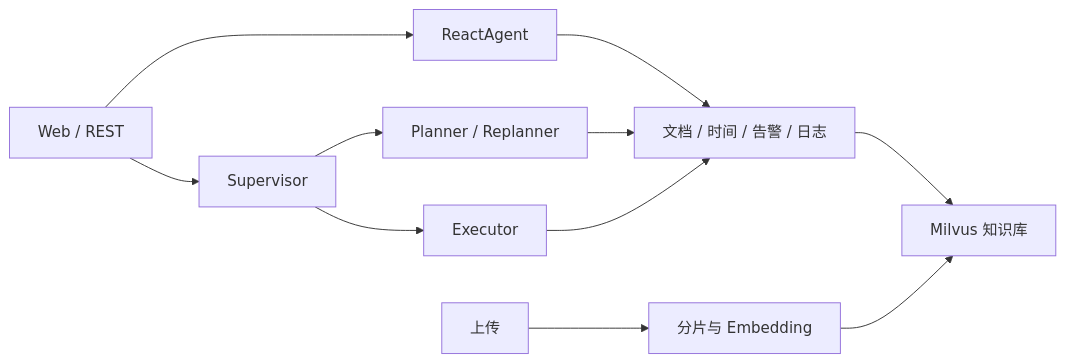
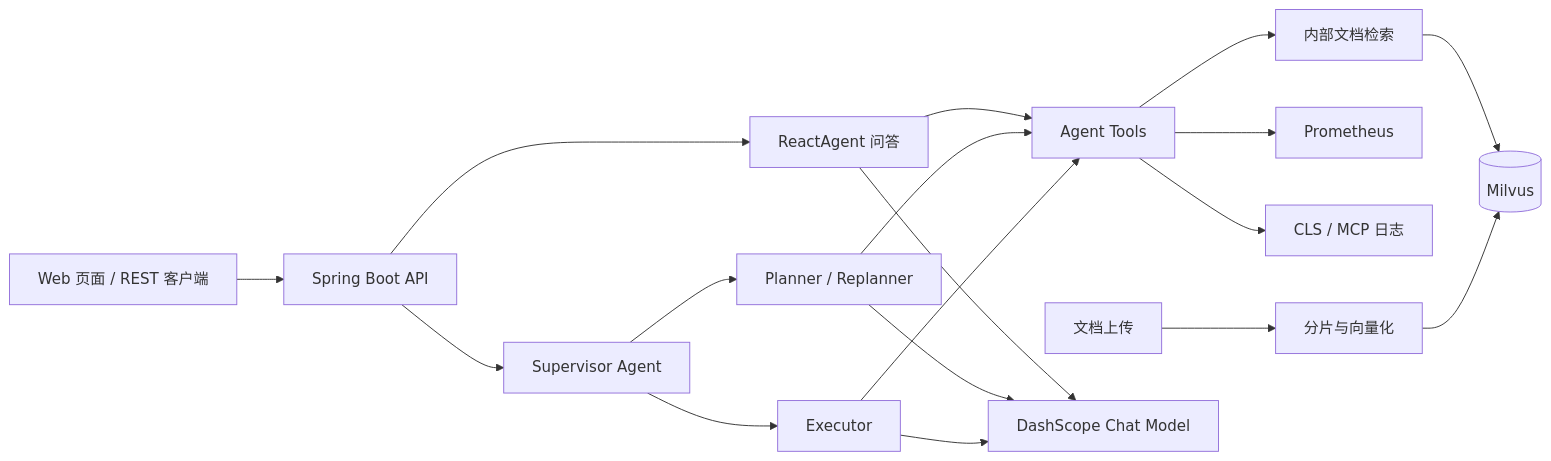
The diagram in README.md (fjaflj/oncall-ai-agent), drawn with Mermaid before and after one commit. The commit also changed other lines of this file and 5 other files, not shown here.

````diff
--- a/README.md
+++ b/README.md
@@ -19,13 +60,20 @@
 ```mermaid
 flowchart LR
-    Web[Web / REST] --> Chat[ReactAgent]
-    Web --> Ops[Supervisor]
-    Ops --> Planner[Planner / Replanner]
-    Ops --> Executor[Executor]
-    Chat --> Tools[文档 / 时间 / 告警 / 日志]
+    Browser[Web 页面 / REST 客户端] --> API[Spring Boot API]
+    API --> Chat[ReactAgent 问答]
+    API --> Supervisor[Supervisor Agent]
+    Supervisor --> Planner[Planner / Replanner]
+    Supervisor --> Executor[Executor]
+    Chat --> Tools[Agent Tools]
     Planner --> Tools
     Executor --> Tools
-    Tools --> Milvus[Milvus 知识库]
-    Upload[上传] --> Chunk[分片与 Embedding]
+    Tools --> Docs[内部文档检索]
+    Tools --> Prometheus[Prometheus]
+    Tools --> Logs[CLS / MCP 日志]
+    Docs --> Milvus[(Milvus)]
+    Upload[文档上传] --> Chunk[分片与向量化]
     Chunk --> Milvus
+    Chat --> DashScope[DashScope Chat Model]
+    Planner --> DashScope
+    Executor --> DashScope
 ```
````
